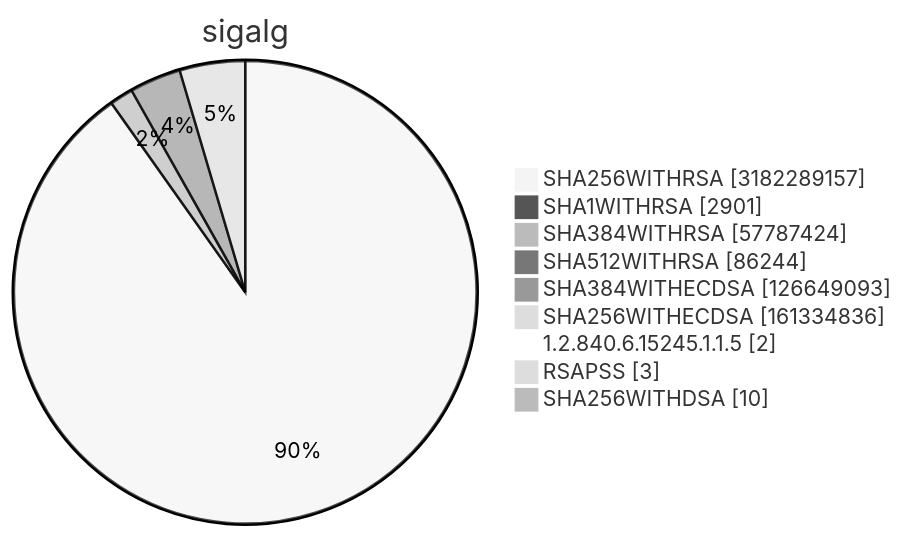
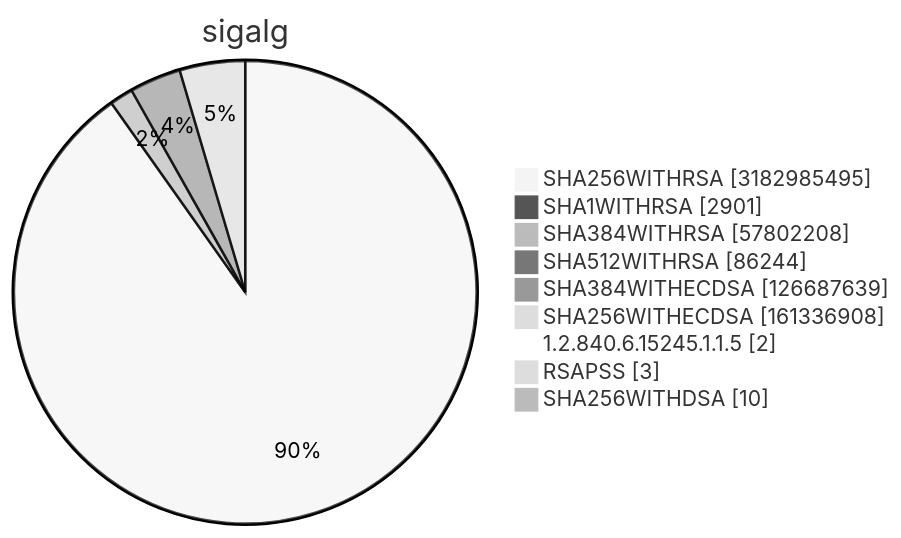
Diagram 15 of 15 in TOTAL/README.md (christiankrug/ctmonitor_visualization), drawn with Mermaid (neutral theme) before and after one commit. The commit also changed other lines of this file, not shown here.

````diff
--- a/TOTAL/README.md
+++ b/TOTAL/README.md
@@ -6216,13 +6216,13 @@
 ```mermaid
 pie showData
 title sigalg
-"SHA256WITHRSA" :3182289157
+"SHA256WITHRSA" :3182985495
 "SHA1WITHRSA" :2901
-"SHA384WITHRSA" :57787424
+"SHA384WITHRSA" :57802208
 "SHA512WITHRSA" :86244
-"SHA384WITHECDSA" :126649093
-"SHA256WITHECDSA" :161334836
+"SHA384WITHECDSA" :126687639
+"SHA256WITHECDSA" :161336908
 "1.2.840.6.15245.1.1.5" :2
 "RSAPSS" :3
 "SHA256WITHDSA" :10
 ```
````
